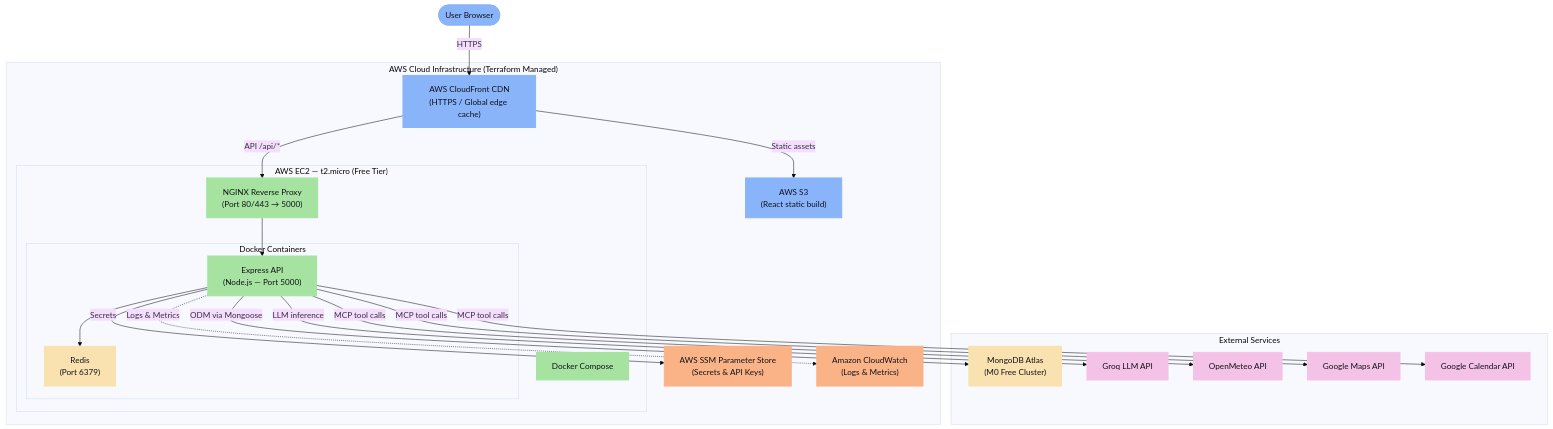
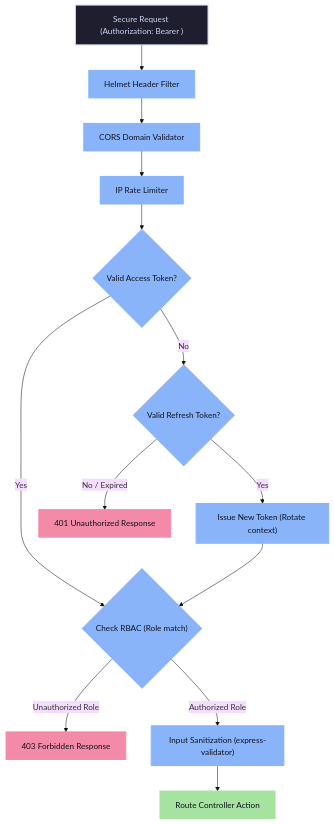
Before and after one commit to Dhayananth1511/CapStoneProject_Presidio_InternShip: the ninth of 12 diagrams in README.md, drawn with Mermaid (base theme). The commit also changed other lines of this file, not shown here.

Commit message:
Final Flow Chart

````diff
--- a/README.md
+++ b/README.md
@@ -785,51 +675,27 @@
 ```mermaid
 graph TD
     classDef default fill:#1e1e2e,stroke:#cdd6f4,stroke-width:2px,color:#cdd6f4;
-    classDef cdn fill:#89b4fa,stroke:#89b4fa,stroke-width:2px,color:#11111b;
-    classDef server fill:#a6e3a1,stroke:#a6e3a1,stroke-width:2px,color:#11111b;
-    classDef db fill:#f9e2af,stroke:#f9e2af,stroke-width:2px,color:#11111b;
-    classDef ext fill:#f5c2e7,stroke:#f5c2e7,stroke-width:2px,color:#11111b;
-    classDef infra fill:#fab387,stroke:#fab387,stroke-width:2px,color:#11111b;
+    classDef middleware fill:#89b4fa,stroke:#89b4fa,stroke-width:2px,color:#11111b;
+    classDef api fill:#a6e3a1,stroke:#a6e3a1,stroke-width:2px,color:#11111b;
+    classDef danger fill:#f38ba8,stroke:#f38ba8,stroke-width:2px,color:#11111b;
 
-    User([User Browser]):::cdn
-
-    subgraph AWS ["AWS Cloud Infrastructure (Terraform Managed)"]
-        CFront["AWS CloudFront CDN<br/>(HTTPS / Global edge cache)"]:::cdn
-        S3["AWS S3<br/>(React static build)"]:::cdn
-        
-        subgraph EC2 ["AWS EC2 — t2.micro (Free Tier)"]
-            NGINX["NGINX Reverse Proxy<br/>(Port 80/443 → 5000)"]:::server
-            DockerCompose["Docker Compose"]:::server
-            
-            subgraph Containers ["Docker Containers"]
-                ExpressApp["Express API<br/>(Node.js — Port 5000)"]:::server
-                RedisContainer["Redis<br/>(Port 6379)"]:::db
-            end
-        end
-        
-        SSM["AWS SSM Parameter Store<br/>(Secrets & API Keys)"]:::infra
-        CW["Amazon CloudWatch<br/>(Logs & Metrics)"]:::infra
-    end
-
-    subgraph External ["External Services"]
-        Mongo["MongoDB Atlas<br/>(M0 Free Cluster)"]:::db
-        Groq["Groq LLM API"]:::ext
-        OpenMeteo["OpenMeteo API"]:::ext
-        GMaps["Google Maps API"]:::ext
-        GCal["Google Calendar API"]:::ext
-    end
-
-    User -->|HTTPS| CFront
-    CFront -->|Static assets| S3
-    CFront -->|API /api/*| NGINX
-    NGINX --> ExpressApp
-    ExpressApp --> RedisContainer
-    ExpressApp -->|Secrets| SSM
-    ExpressApp -.->|Logs & Metrics| CW
-
-    ExpressApp -->|ODM via Mongoose| Mongo
-    ExpressApp -->|LLM inference| Groq
-    ExpressApp -->|MCP tool calls| OpenMeteo
-    ExpressApp -->|MCP tool calls| GMaps
-    ExpressApp -->|MCP tool calls| GCal
+    ClientInput["Secure Request (Authorization: Bearer <JWT>)"] --> HelmetShield["Helmet Header Filter"]:::middleware
+    
+    HelmetShield --> CORSConn["CORS Domain Validator"]:::middleware
+    CORSConn --> RateLimiter["IP Rate Limiter"]:::middleware
+    
+    RateLimiter --> TokenCheck{"Valid Access Token?"}:::middleware
+    
+    TokenCheck -->|No| RefreshFlow{"Valid Refresh Token?"}:::middleware
+    TokenCheck -->|Yes| RBACCheck{"Check RBAC (Role match)"}:::middleware
+    
+    RefreshFlow -->|Yes| IssueToken["Issue New Token (Rotate context)"]:::middleware
+    RefreshFlow -->|No / Expired| AccessDenied["401 Unauthorized Response"]:::danger
+    
+    IssueToken --> RBACCheck
+    
+    RBACCheck -->|Unauthorized Role| RoleDenied["403 Forbidden Response"]:::danger
+    RBACCheck -->|Authorized Role| Sanitizer["Input Sanitization (express-validator)"]:::middleware
+    
+    Sanitizer --> ProtectedRoute["Route Controller Action"]:::api
 ```
````
